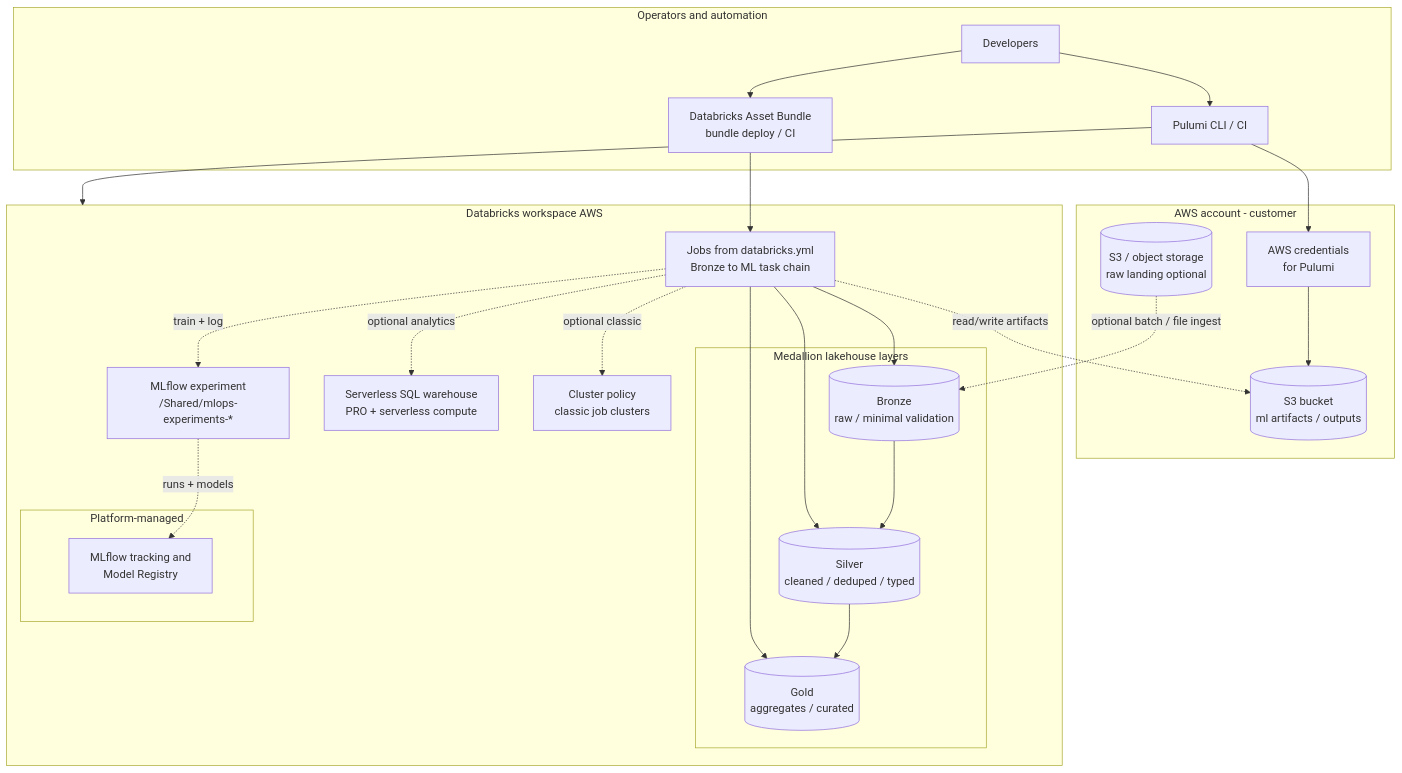
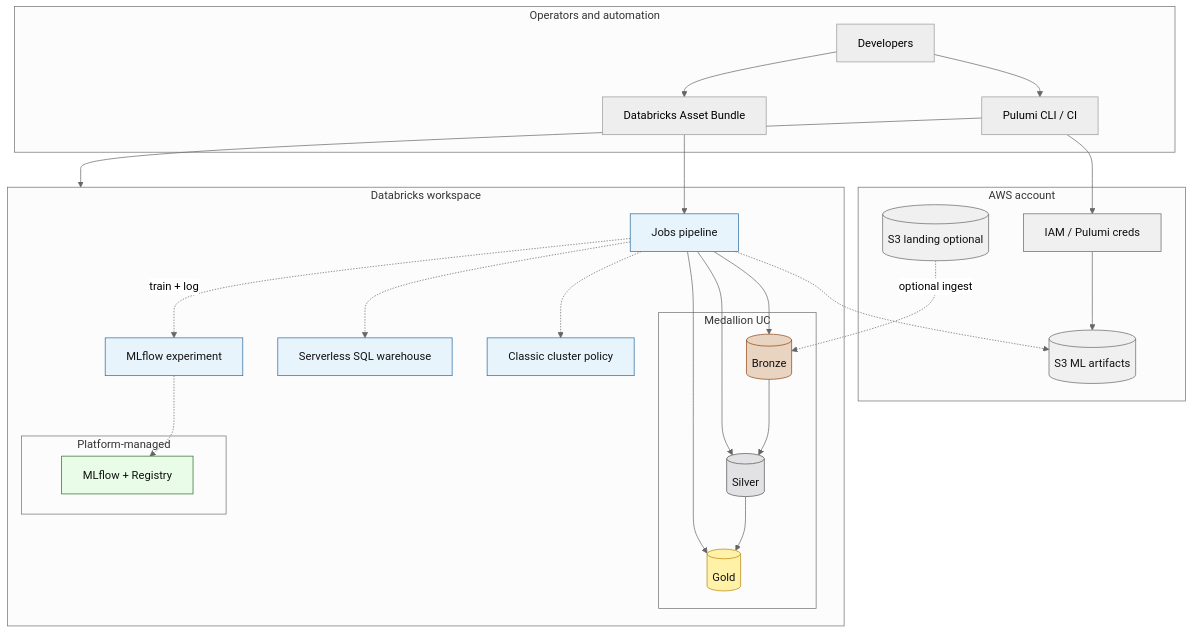
Before and after one commit to yicheung/Databricks: the diagram in README.md, drawn with Mermaid. The commit also changed other lines of this file and 3 other files, not shown here.

First line of the commit message:
docs: richer Mermaid diagrams (architecture-beta, block-beta, ELK flowchart)

````diff
--- a/README.md
+++ b/README.md
@@ -28,49 +44,62 @@
 ```mermaid
+%%{init: { "theme": "neutral" } }%%
 flowchart TB
   subgraph operators [Operators and automation]
     Dev[Developers]
     PulumiCLI[Pulumi CLI / CI]
-    DAB[Databricks Asset Bundle\nbundle deploy / CI]
+    DAB[Databricks Asset Bundle]
   end
 
-  subgraph aws [AWS account - customer]
-    S3Landing[(S3 / object storage\nraw landing optional)]
-    S3Artifacts[(S3 bucket\nml artifacts / outputs)]
-    IAM[AWS credentials\nfor Pulumi]
+  subgraph aws [AWS account]
+    S3Landing[(S3 landing optional)]
+    S3Artifacts[(S3 ML artifacts)]
+    IAM[IAM / Pulumi creds]
   end
 
-  subgraph databricks [Databricks workspace AWS]
-    subgraph medallion [Medallion lakehouse layers]
-      Bronze[(Bronze\nraw / minimal validation)]
-      Silver[(Silver\ncleaned / deduped / typed)]
-      Gold[(Gold\naggregates / curated)]
+  subgraph databricks [Databricks workspace]
+    subgraph medallion [Medallion UC]
+      Bronze[(Bronze)]
+      Silver[(Silver)]
+      Gold[(Gold)]
       Bronze --> Silver --> Gold
     end
-
     subgraph managed [Platform-managed]
-      MLflowReg[MLflow tracking and\nModel Registry]
+      MLflowReg[MLflow + Registry]
     end
-
-    Exp[MLflow experiment\n/Shared/mlops-experiments-*]
-    SQLW[Serverless SQL warehouse\nPRO + serverless compute]
-    Policy[Cluster policy\nclassic job clusters]
-    Jobs[Jobs from databricks.yml\nBronze to ML task chain]
+    Exp[MLflow experiment]
+    SQLW[Serverless SQL warehouse]
+    Policy[Classic cluster policy]
+    Jobs[Jobs pipeline]
   end
 
   Dev --> PulumiCLI
   Dev --> DAB
   PulumiCLI --> IAM
   IAM --> S3Artifacts
   PulumiCLI --> databricks
 
-  S3Landing -.->|optional batch / file ingest| Bronze
+  S3Landing -.->|optional ingest| Bronze
   DAB --> Jobs
   Jobs --> Bronze
   Jobs --> Silver
   Jobs --> Gold
   Jobs -.->|train + log| Exp
-  Exp -.->|runs + models| MLflowReg
-  Jobs -.->|read/write artifacts| S3Artifacts
-  Jobs -.->|optional analytics| SQLW
-  Jobs -.->|optional classic| Policy
+  Exp -.-> MLflowReg
+  Jobs -.-> S3Artifacts
+  Jobs -.-> SQLW
+  Jobs -.-> Policy
+
+  classDef aws fill:#f0f0f0,stroke:#666,color:#111
+  classDef bronze fill:#e8d4c0,stroke:#8b4513,color:#111
+  classDef silver fill:#e2e2e5,stroke:#555,color:#111
+  classDef gold fill:#fff1a8,stroke:#b8860b,color:#111
+  classDef platform fill:#e8f4fc,stroke:#2a6a9e,color:#111
+  classDef ml fill:#e8fce8,stroke:#2d6a2d,color:#111
+
+  class S3Landing,S3Artifacts,IAM aws
+  class Bronze bronze
+  class Silver silver
+  class Gold gold
+  class Exp,SQLW,Policy,Jobs platform
+  class MLflowReg ml
 ```
````
